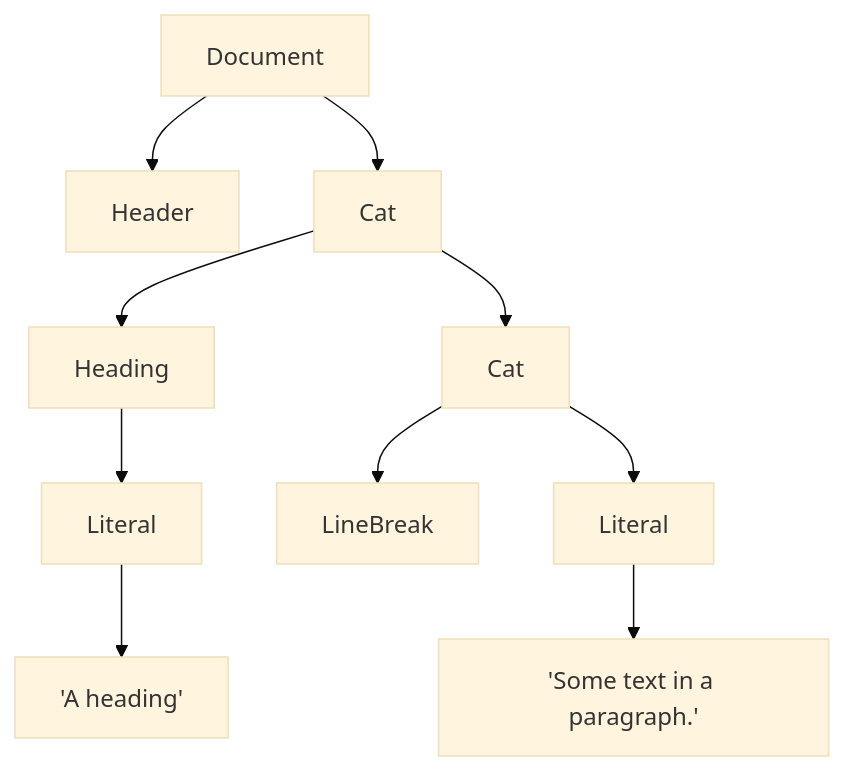
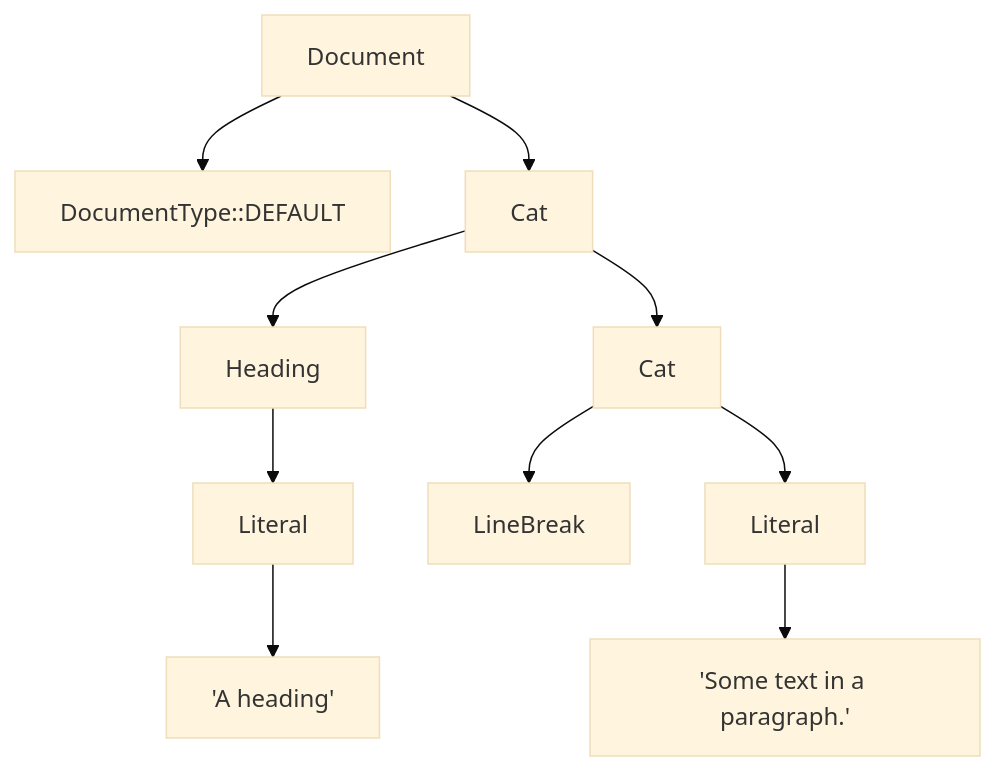
The fifth of 5 diagrams in README.md (sschober/mato), drawn with Mermaid (base theme) before and after one commit. The commit also changed other lines of this file and 1 other file, not shown here.

````diff
--- a/README.md
+++ b/README.md
@@ -112,8 +119,8 @@
 ```mermaid
 graph TD
-Document --> Header & Cat
+Document --> DocumentType::DEFAULT & Cat
 Cat --> Heading & Cat1["Cat"]
 Heading --> Literal1["Literal"] --> S1["'A heading'"] 
 Cat1 --> LineBreak & Literal
 Literal --> S2["'Some text in a paragraph.'"]
 ```
````
